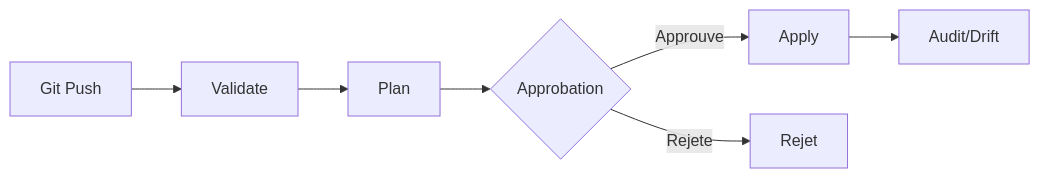
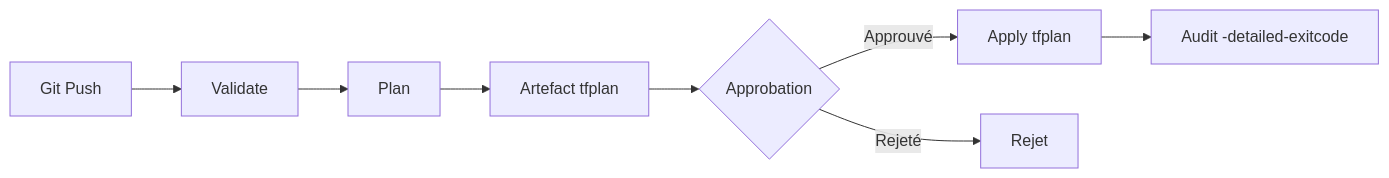
The second of 2 diagrams in courses/day-04/README.md (msellamiTN/data-plateform-iac), drawn with Mermaid before and after one commit. The commit also changed other lines of this file and 142 other files, not shown here.

````diff
--- a/courses/day-04/README.md
+++ b/courses/day-04/README.md
@@ -114,9 +97,10 @@
 ```mermaid
 flowchart LR
     GIT[Git Push] --> VAL[Validate]
     VAL --> PLAN[Plan]
-    PLAN --> APPROVE{Approbation}
-    APPROVE -->|Approuve| APPLY[Apply]
-    APPROVE -->|Rejete| REJECT[Rejet]
-    APPLY --> AUDIT[Audit/Drift]
+    PLAN --> ART[Artefact tfplan]
+    ART --> APPROVE{Approbation}
+    APPROVE -->|Approuvé| APPLY[Apply tfplan]
+    APPROVE -->|Rejeté| REJECT[Rejet]
+    APPLY --> AUDIT[Audit -detailed-exitcode]
 ```
````
